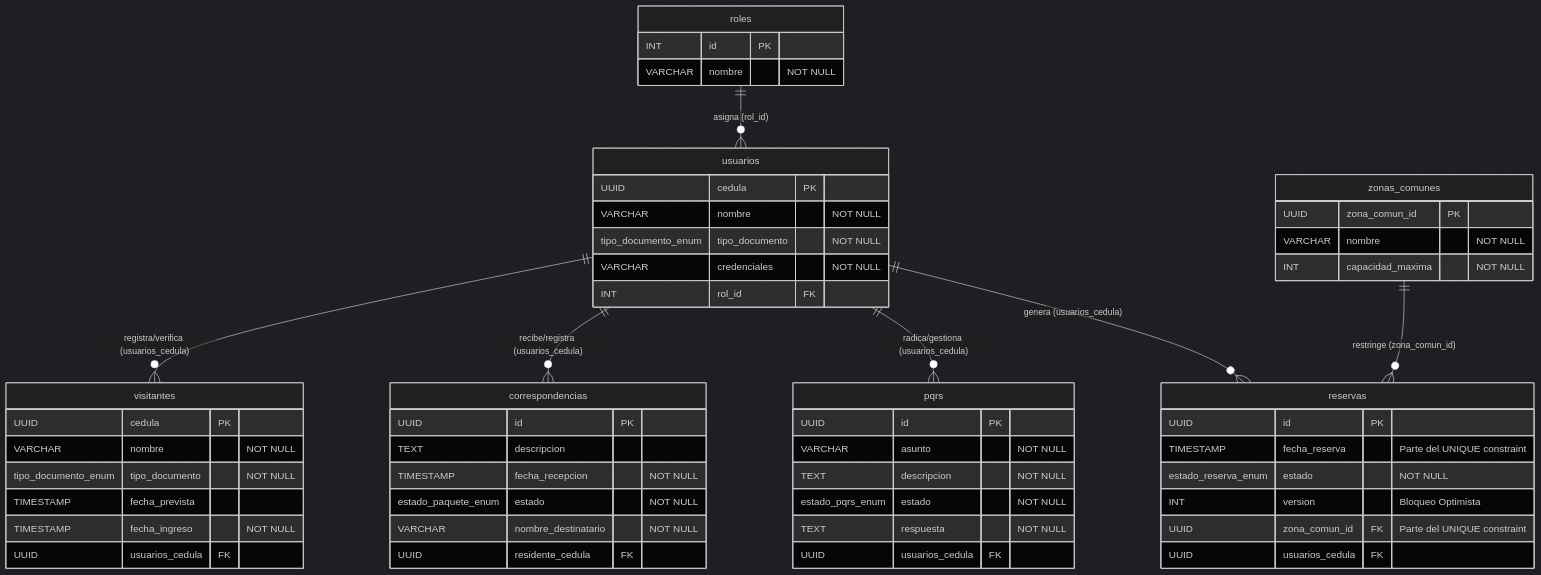
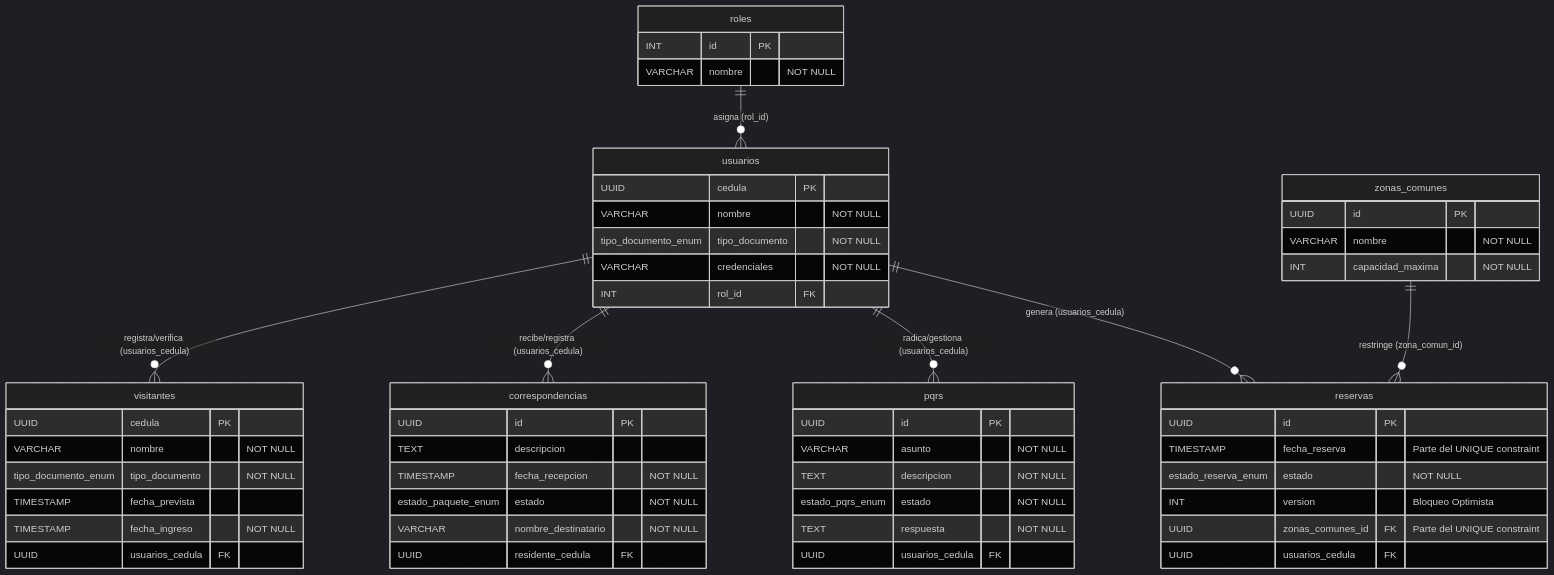
The diagram in modelo-DB.md (lcardona3815-ship-it/houstingcontrol-software), drawn with Mermaid (dark theme) before and after one commit.

````diff
--- a/modelo-DB.md
+++ b/modelo-DB.md
@@ -1,66 +1,66 @@
 ```mermaid
 erDiagram
     %% Relaciones (Llaves Foráneas)
     roles ||--o{ usuarios : "asigna (rol_id)"
     usuarios ||--o{ visitantes : "registra/verifica (usuarios_cedula)"
     usuarios ||--o{ correspondencias : "recibe/registra (usuarios_cedula)"
     usuarios ||--o{ pqrs : "radica/gestiona (usuarios_cedula)"
     usuarios ||--o{ reservas : "genera (usuarios_cedula)"
     zonas_comunes ||--o{ reservas : "restringe (zona_comun_id)"
 
     %% Tablas y columnas
     roles {
         INT id PK
         VARCHAR nombre "NOT NULL"
     }
 
     usuarios {
         UUID cedula PK
         VARCHAR nombre "NOT NULL"
         tipo_documento_enum tipo_documento "NOT NULL"
         VARCHAR credenciales "NOT NULL"
         INT rol_id FK
     }
 
     zonas_comunes {
-        UUID zona_comun_id PK
+        UUID id PK
         VARCHAR nombre "NOT NULL"
         INT capacidad_maxima "NOT NULL"
     }
 
     visitantes {
         UUID cedula PK
         VARCHAR nombre "NOT NULL"
         tipo_documento_enum tipo_documento "NOT NULL"
         TIMESTAMP fecha_prevista 
         TIMESTAMP fecha_ingreso "NOT NULL"
         UUID usuarios_cedula FK
     }
 
     correspondencias {
         UUID id PK
         TEXT descripcion
         TIMESTAMP fecha_recepcion "NOT NULL"
         estado_paquete_enum estado "NOT NULL"
         VARCHAR nombre_destinatario "NOT NULL"
         UUID residente_cedula FK
     }
 
     pqrs {
         UUID id PK
         VARCHAR asunto "NOT NULL"
         TEXT descripcion "NOT NULL"
         estado_pqrs_enum estado "NOT NULL"
         TEXT respuesta "NOT NULL"
         UUID usuarios_cedula FK
     }
 
     reservas {
         UUID id PK
         TIMESTAMP fecha_reserva "Parte del UNIQUE constraint"
         estado_reserva_enum estado "NOT NULL"
         INT version "Bloqueo Optimista"
-        UUID zona_comun_id FK "Parte del UNIQUE constraint"
+        UUID zonas_comunes_id FK "Parte del UNIQUE constraint"
         UUID usuarios_cedula FK
     }
 ```
````
